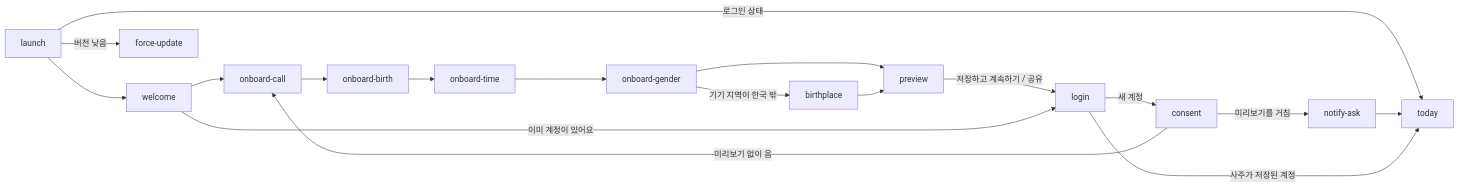
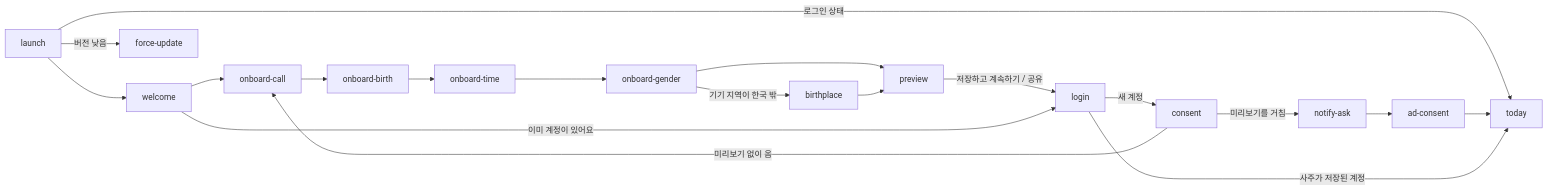
The first of 2 diagrams in docs/ia/README.md (june20516/myungli-diary), drawn with Mermaid before and after one commit. The commit also changed 8 other files, not shown here.

````diff
--- a/docs/ia/README.md
+++ b/docs/ia/README.md
@@ -20,15 +20,15 @@
 ```mermaid
 flowchart LR
   launch --> welcome
   launch -->|로그인 상태| today
   launch -->|버전 낮음| force-update
   welcome --> onboard-call --> onboard-birth --> onboard-time --> onboard-gender
   onboard-gender --> preview
   onboard-gender -->|기기 지역이 한국 밖| birthplace --> preview
   preview -->|저장하고 계속하기 / 공유| login
   welcome -->|이미 계정이 있어요| login
   login -->|새 계정| consent
-  consent -->|미리보기를 거침| notify-ask --> today
+  consent -->|미리보기를 거침| notify-ask --> ad-consent --> today
   consent -->|미리보기 없이 옴| onboard-call
   login -->|사주가 저장된 계정| today
 ```
````
